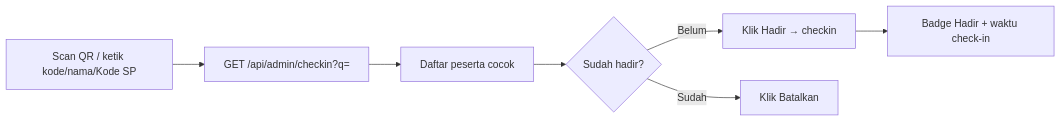
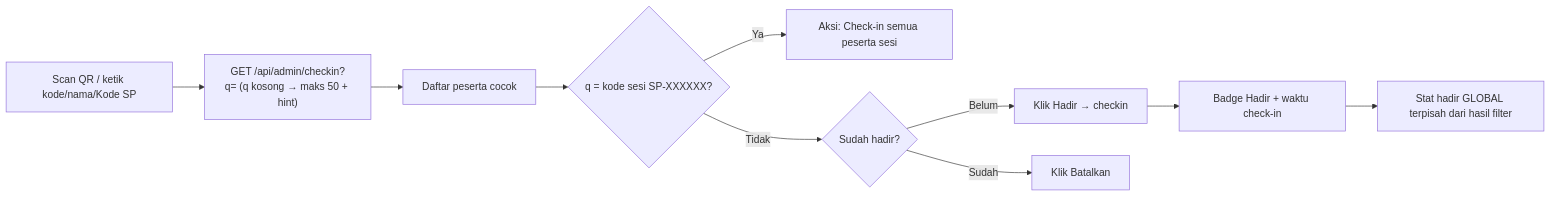
Before and after one commit to ivanpwh/sp-portal-Op4.8: the sixth of 6 diagrams in docs/SP_Portal_UIUX_Flow_v1.0.md, drawn with Mermaid. The commit also changed other lines of this file and 26 other files, not shown here.

````diff
--- a/docs/SP_Portal_UIUX_Flow_v1.0.md
+++ b/docs/SP_Portal_UIUX_Flow_v1.0.md
@@ -159,9 +178,12 @@
 ```mermaid
 flowchart LR
-  A[Scan QR / ketik kode/nama/Kode SP] --> B[GET /api/admin/checkin?q=]
+  A[Scan QR / ketik kode/nama/Kode SP] --> B["GET /api/admin/checkin?q= (q kosong → maks 50 + hint)"]
   B --> C[Daftar peserta cocok]
-  C --> D{Sudah hadir?}
+  C --> C1{q = kode sesi SP-XXXXXX?}
+  C1 -- Ya --> C2[Aksi: Check-in semua peserta sesi]
+  C1 -- Tidak --> D{Sudah hadir?}
   D -- Belum --> E[Klik Hadir → checkin]
   D -- Sudah --> F[Klik Batalkan]
   E --> G[Badge Hadir + waktu check-in]
+  G --> H[Stat hadir GLOBAL terpisah dari hasil filter]
 ```
````
